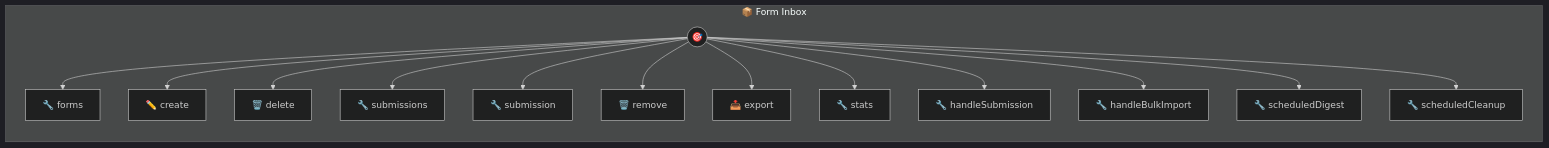
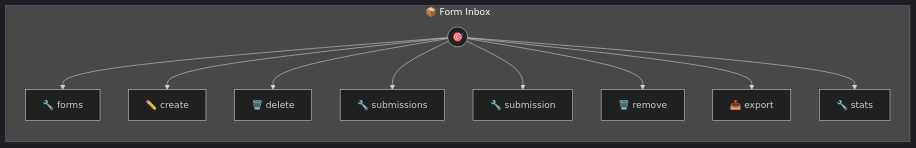
Before and after one commit to portel-dev/photons: the diagram in form-inbox.md, drawn with Mermaid (dark theme). The commit also changed other lines of this file and 5 other files, not shown here.

````diff
--- a/form-inbox.md
+++ b/form-inbox.md
@@ -173,31 +125,23 @@
 ```mermaid
 flowchart LR
     subgraph form_inbox["📦 Form Inbox"]
         direction TB
         PHOTON((🎯))
         T0[🔧 forms]
         PHOTON --> T0
         T1[✏️ create]
         PHOTON --> T1
         T2[🗑️ delete]
         PHOTON --> T2
         T3[🔧 submissions]
         PHOTON --> T3
         T4[🔧 submission]
         PHOTON --> T4
         T5[🗑️ remove]
         PHOTON --> T5
         T6[📥 export]
         PHOTON --> T6
         T7[🔧 stats]
         PHOTON --> T7
-        T8[🔧 handleSubmission]
-        PHOTON --> T8
-        T9[🔧 handleBulkImport]
-        PHOTON --> T9
-        T10[🔧 scheduledDigest]
-        PHOTON --> T10
-        T11[🔧 scheduledCleanup]
-        PHOTON --> T11
     end
 ```
````
